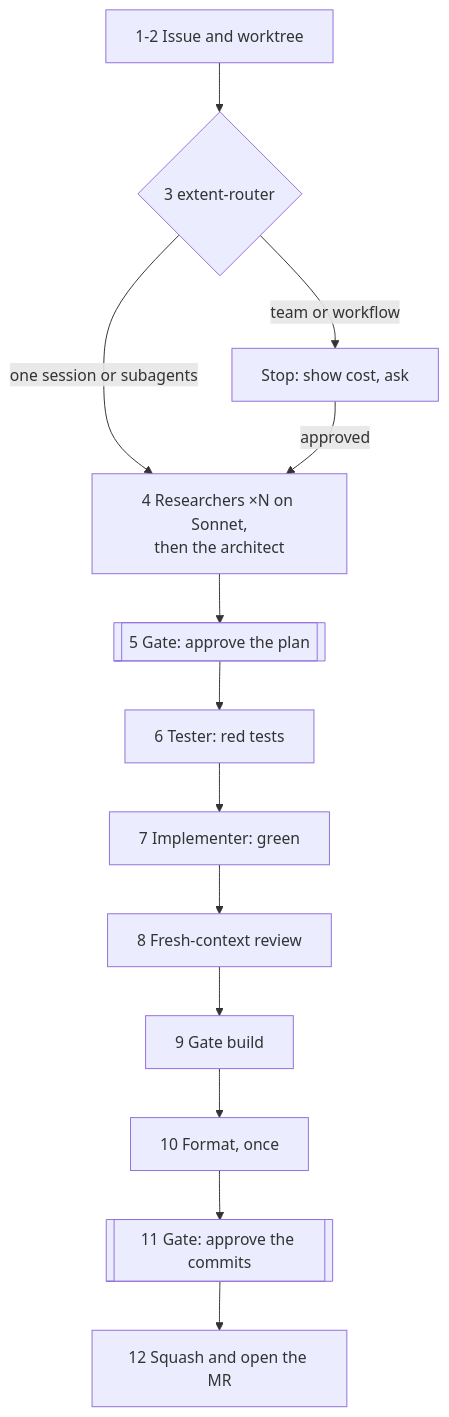
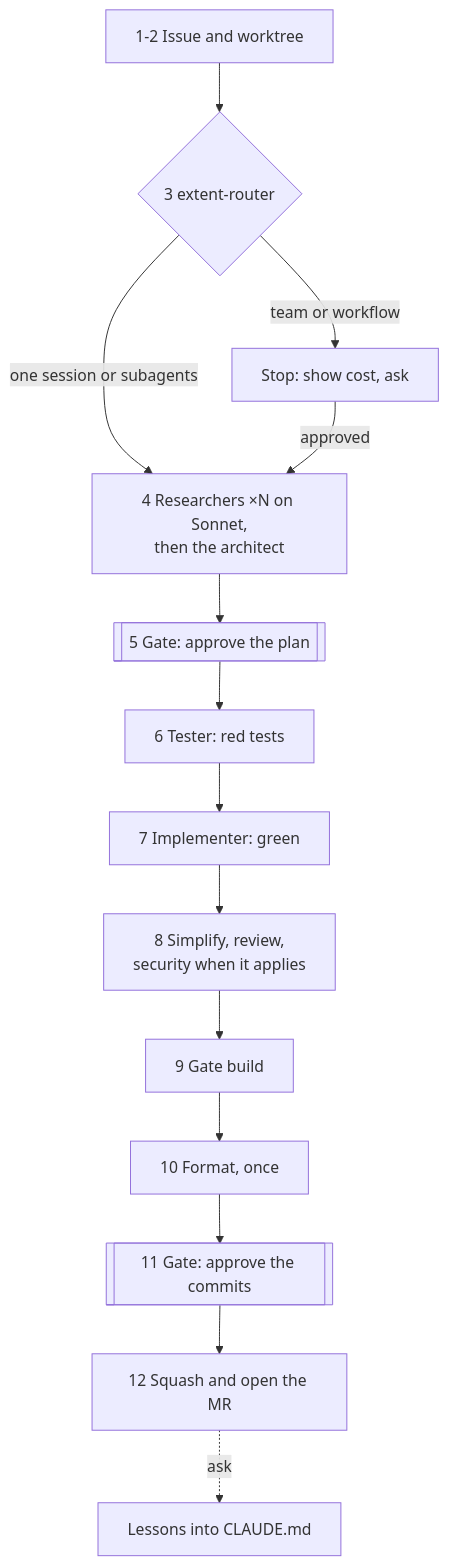
Before and after one commit to MarkusVGJensen/flow: the second of 4 diagrams in README.md, drawn with Mermaid. The commit also changed other lines of this file and 20 other files, not shown here.

First line of the commit message:
flow 0.5.0: language server for the agents, CI without tokens, models per tier

````diff
--- a/README.md
+++ b/README.md
@@ -61,15 +134,16 @@
 ```mermaid
 flowchart TD
   A["1-2 Issue and worktree"] --> R{"3 extent-router"}
   R -- "one session or subagents" --> P["4 Researchers ×N on Sonnet,<br/>then the architect"]
   R -- "team or workflow" --> Q["Stop: show cost, ask"]
   Q -- "approved" --> P
   P --> G1[["5 Gate: approve the plan"]]
   G1 --> T["6 Tester: red tests"]
   T --> I["7 Implementer: green"]
-  I --> V["8 Fresh-context review"]
+  I --> V["8 Simplify, review,<br/>security when it applies"]
   V --> B["9 Gate build"]
   B --> F["10 Format, once"]
   F --> G2[["11 Gate: approve the commits"]]
   G2 --> M["12 Squash and open the MR"]
+  M -. "ask" .-> L["Lessons into CLAUDE.md"]
 ```
````
